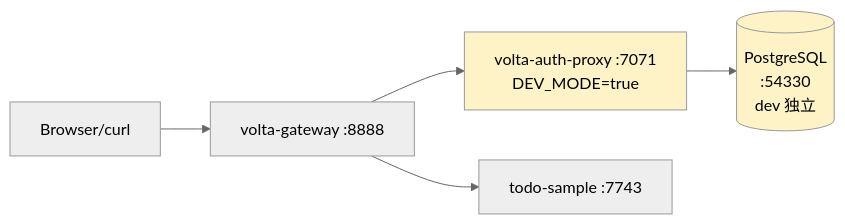
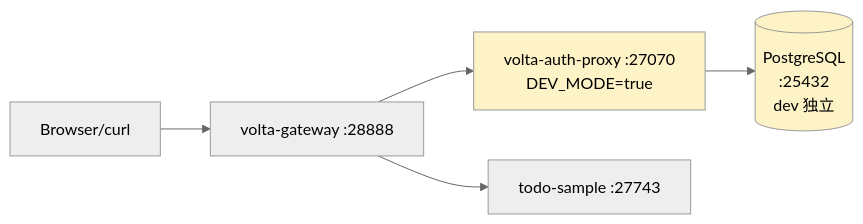
The second of 3 diagrams in README.md (opaopa6969/auth-integration), drawn with Mermaid (neutral theme) before and after one commit. The commit also changed other lines of this file and 23 other files, not shown here.

````diff
--- a/README.md
+++ b/README.md
@@ -51,9 +51,9 @@
 ```mermaid
 flowchart LR
-    U[Browser/curl] --> GW[volta-gateway :8888]
-    GW --> AP[volta-auth-proxy :7071<br/>DEV_MODE=true]
-    GW --> APP[todo-sample :7743]
-    AP --> PG[(PostgreSQL<br/>:54330<br/>dev 独立)]
+    U[Browser/curl] --> GW[volta-gateway :28888]
+    GW --> AP[volta-auth-proxy :27070<br/>DEV_MODE=true]
+    GW --> APP[todo-sample :27743]
+    AP --> PG[(PostgreSQL<br/>:25432<br/>dev 独立)]
     style AP fill:#fef3c7
     style PG fill:#fef3c7
 ```
````
